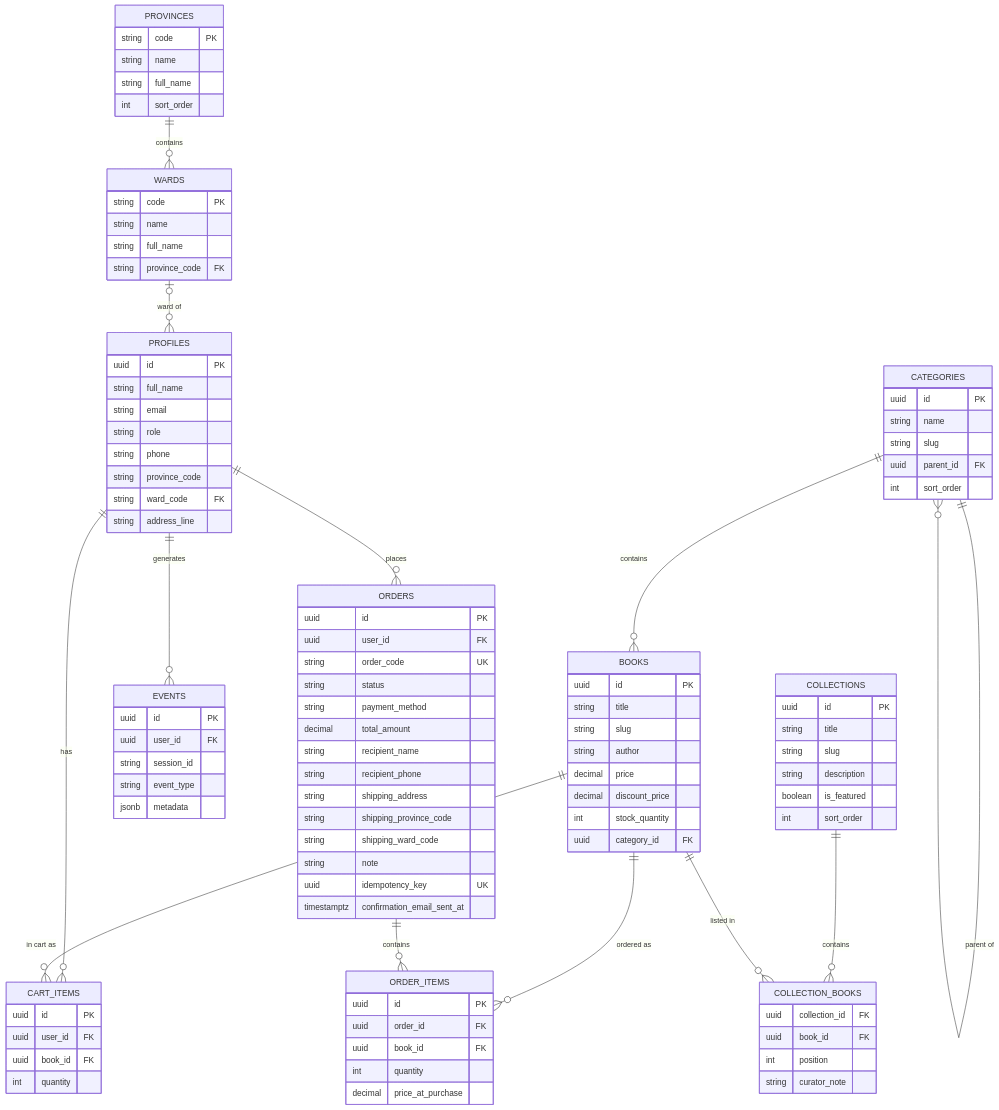
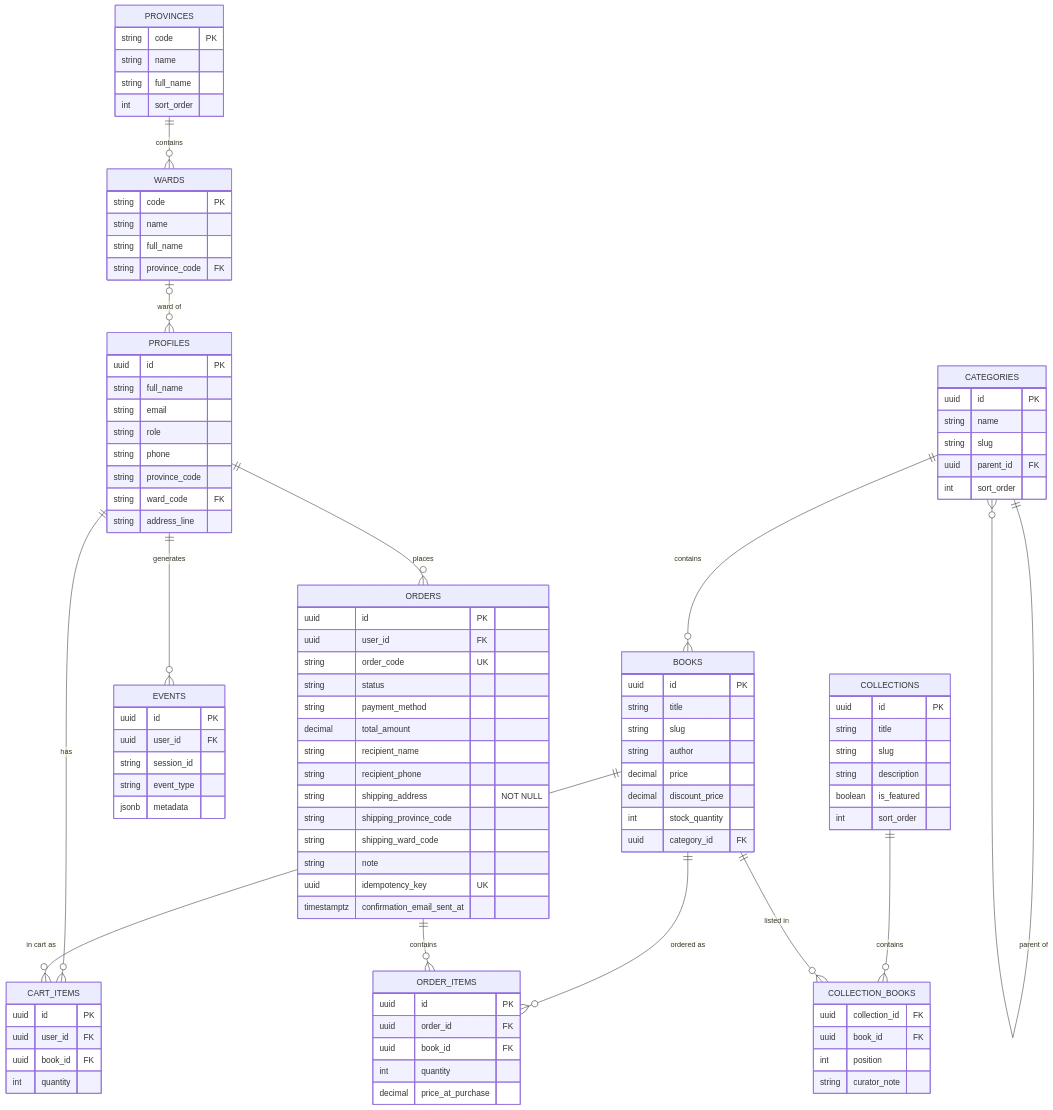
One commit to ducle20052205/book-store-website changed the first of 3 diagrams in docs/SRS.md. Above: the diagram before and after it, drawn with Mermaid. The commit also changed other lines of this file, not shown here.

Commit message:
docs(srs): NFR-2.2 liệt kê đủ secret, ghi NOT NULL ở sơ đồ ER

```diff
--- a/docs/SRS.md
+++ b/docs/SRS.md
@@ -117,7 +117,7 @@
         decimal total_amount
         string recipient_name
         string recipient_phone
-        string shipping_address
+        string shipping_address "NOT NULL"
         string shipping_province_code
         string shipping_ward_code
         string note
```
